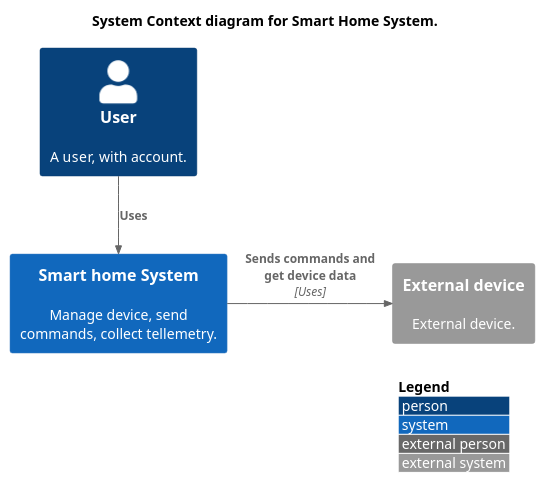
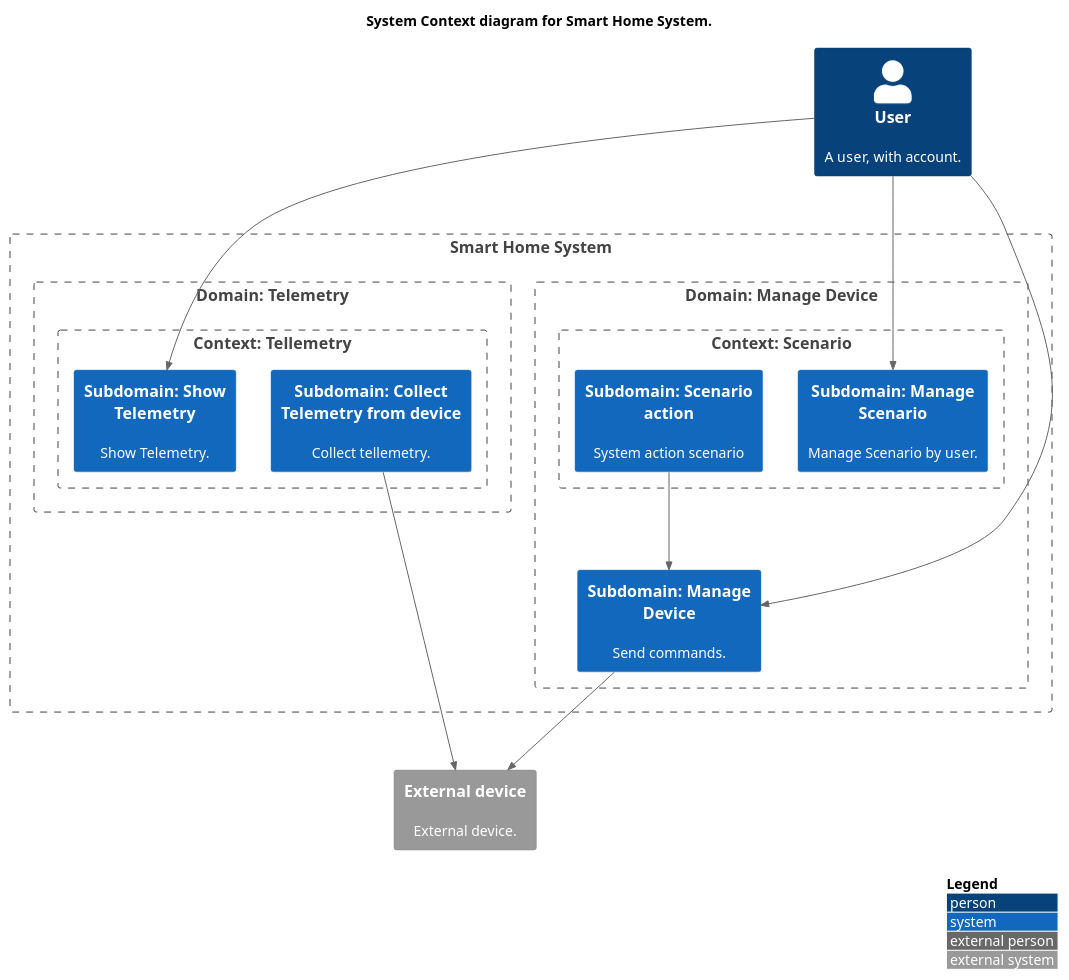
One commit to VisTzz/architecture-sprint-3 changed the diagram in diagrams/context/SmartHome_Context.puml. Above: the diagram before and after it, drawn with PlantUML. The commit also changed 1 other file, not shown here.

```diff
--- a/diagrams/context/SmartHome_Context.puml
+++ b/diagrams/context/SmartHome_Context.puml
@@ -1,15 +1,38 @@
 @startuml
 !include https://raw.githubusercontent.com/plantuml-stdlib/C4-PlantUML/master/C4_Context.puml
 
 LAYOUT_WITH_LEGEND()
 
 title System Context diagram for Smart Home System.
 
 Person(customer, "User", "A user, with account.")
-System(smart_home_system, "Smart home System", "Manage device, send commands, collect tellemetry.")
+Boundary(shs, "Smart Home System") {
+    Boundary(d1, "Domain: Manage Device") {
+        System(manage_device, "Subdomain: Manage Device", "Send commands.")
+        Boundary(s1, "Context: Scenario") {
+            System(manage_scenario, "Subdomain: Manage Scenario", "Manage Scenario by user.")
+            System(scenario_action, "Subdomain: Scenario action", "System action scenario ")
+        }
+    }
+    Boundary(d2, "Domain: Telemetry") {
+        Boundary(s3, "Context: Tellemetry") {
+            System(collect_tellemetry, "Subdomain: Collect Telemetry from device", "Collect tellemetry.")
+            System(show_tellemetry, "Subdomain: Show Telemetry", "Show Telemetry.")
+        }
+    }
+}
+
 
 System_Ext(ext_device, "External device", "External device.")
 
-Rel(customer, smart_home_system, "Uses")
-Rel_Neighbor(smart_home_system, ext_device, "Sends commands and get device data", "Uses")
+Rel(customer, manage_device, "")
+Rel(customer, show_tellemetry, "")
+Rel(customer, manage_scenario, "")
+
+Rel(scenario_action, manage_device, "")
+
+Rel_Neighbor(collect_tellemetry, ext_device, "", "")
+Rel_D(manage_device, ext_device, "", "")
+
+
 @enduml
```
